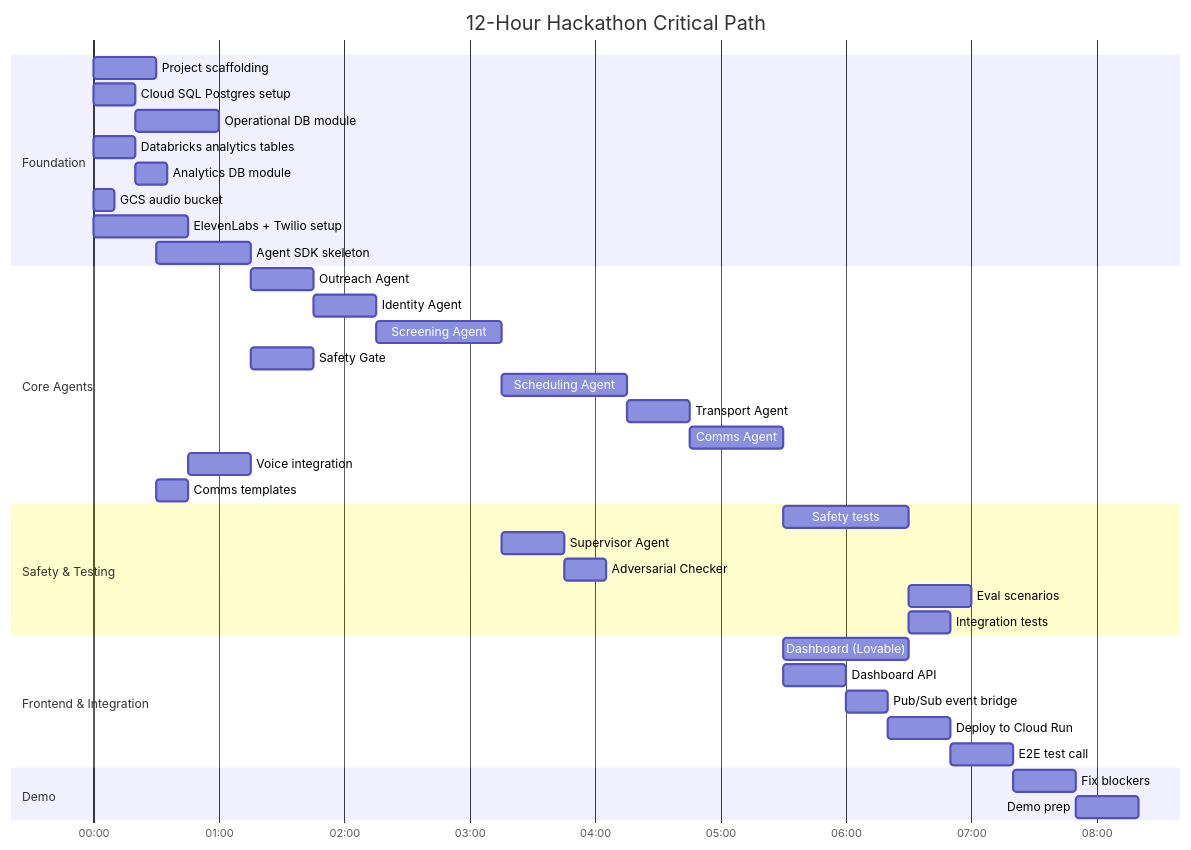
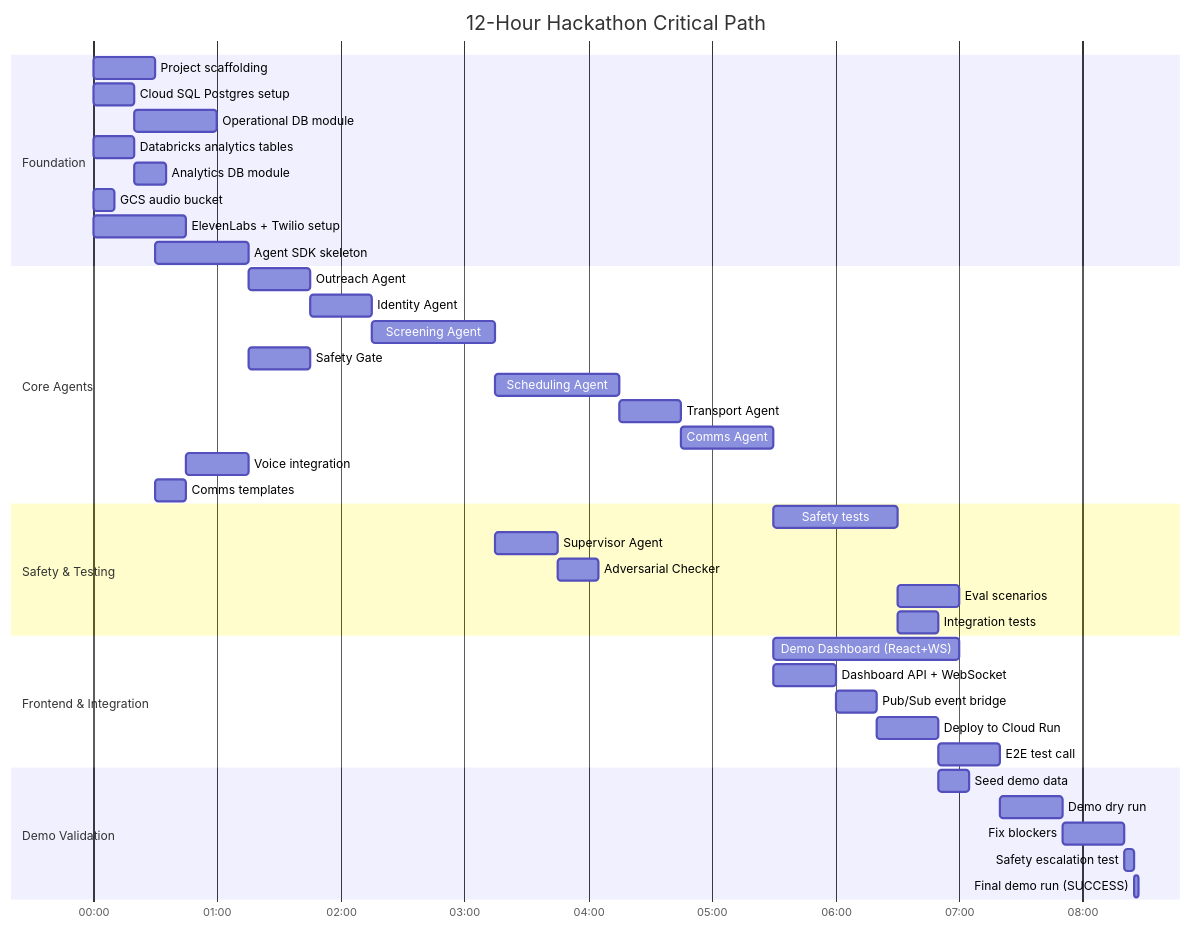
One commit to wilsonwolf/ask_mary changed the tenth of 10 diagrams in local_docs/ask_mary_plan.md. Above: the diagram before and after it, drawn with Mermaid. The commit also changed other lines of this file and 10 other files, not shown here.

````diff
--- a/local_docs/ask_mary_plan.md
+++ b/local_docs/ask_mary_plan.md
@@ -1453,45 +1460,48 @@
 ```mermaid
 gantt
     title 12-Hour Hackathon Critical Path
     dateFormat HH:mm
     axisFormat %H:%M
 
     section Foundation
     Project scaffolding           :f1, 00:00, 30m
     Cloud SQL Postgres setup      :f2, 00:00, 20m
     Operational DB module         :f3, after f2, 40m
     Databricks analytics tables   :f4a, 00:00, 20m
     Analytics DB module           :f4b, after f4a, 15m
     GCS audio bucket              :f4c, 00:00, 10m
     ElevenLabs + Twilio setup     :f5, 00:00, 45m
     Agent SDK skeleton            :f6, after f1, 45m
 
     section Core Agents
     Outreach Agent                :a0, after f6, 30m
     Identity Agent                :a1, after a0, 30m
     Screening Agent               :a2, after a1, 60m
     Safety Gate                   :a2b, after f6, 30m
     Scheduling Agent              :a3, after a2, 60m
     Transport Agent               :a4, after a3, 30m
     Comms Agent                   :a5, after a4, 45m
     Voice integration             :a6, after f5, 30m
     Comms templates               :a7, after f1, 15m
 
     section Safety & Testing
     Safety tests                  :s1, after a5, 60m
     Supervisor Agent              :s2, after a2, 30m
     Adversarial Checker           :s2b, after s2, 20m
     Eval scenarios                :s3, after s1, 30m
     Integration tests             :s4, after s1, 20m
 
     section Frontend & Integration
-    Dashboard (Lovable)           :d1, after a5, 60m
-    Dashboard API                 :d2, after a5, 30m
+    Demo Dashboard (React+WS)     :d1, after a5, 90m
+    Dashboard API + WebSocket     :d2, after a5, 30m
     Pub/Sub event bridge          :d2b, after d2, 20m
     Deploy to Cloud Run           :d3, after d2b, 30m
     E2E test call                 :d4, after d3, 30m
 
-    section Demo
-    Fix blockers                  :e1, after d4, 30m
-    Demo prep                     :e2, after e1, 30m
+    section Demo Validation
+    Seed demo data                :e0, after d3, 15m
+    Demo dry run                  :e1, after d4, 30m
+    Fix blockers                  :e2, after e1, 30m
+    Safety escalation test        :e3, after e2, 5m
+    Final demo run (SUCCESS)      :e4, after e3, 2m
 ```
````
